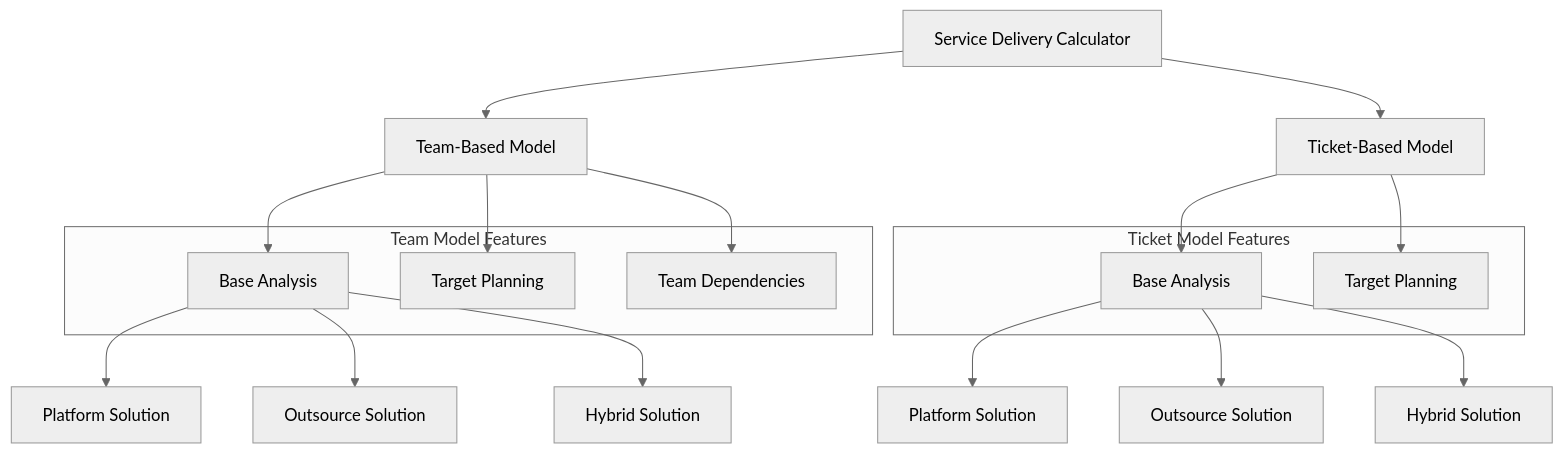
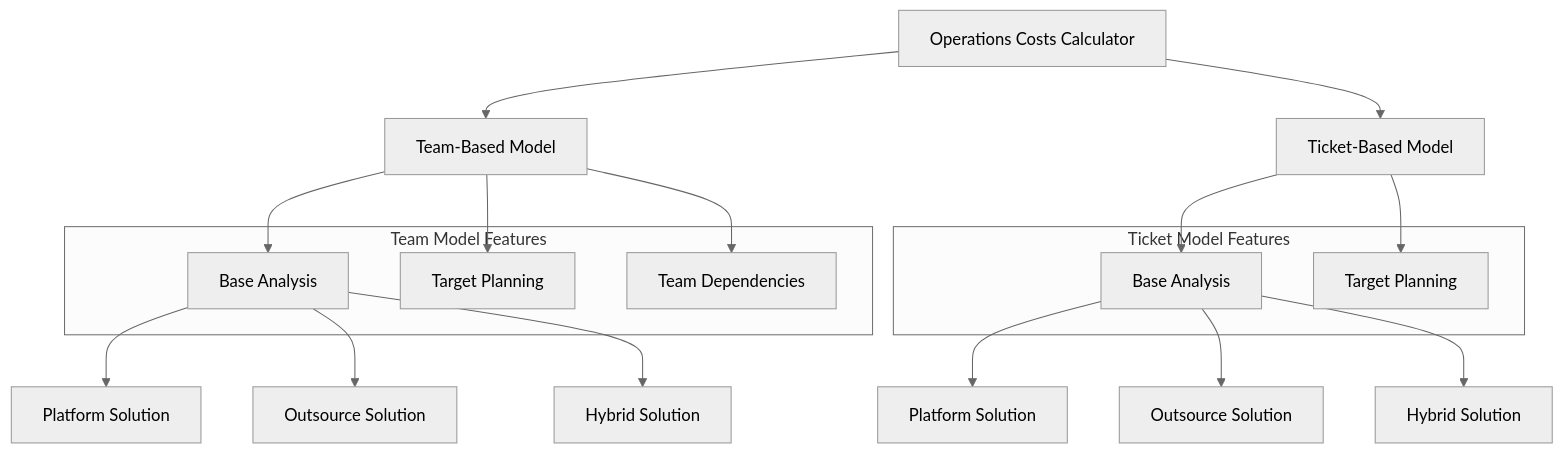
Before and after one commit to viktorcessan/CostAnalysis: the first of 5 diagrams in docs/doc.md, drawn with Mermaid (neutral theme). The commit also changed other lines of this file and 14 other files, not shown here.

Commit message:
Refactor terminology and documentation to standardize "Service Delivery" to "Operations Costs" v2

````diff
--- a/docs/doc.md
+++ b/docs/doc.md
@@ -35,31 +35,31 @@
 ```mermaid
 graph TD
-    A[Service Delivery Calculator] --> B[Team-Based Model]
+    A[Operations Costs Calculator] --> B[Team-Based Model]
     A --> C[Ticket-Based Model]
     
     B --> D[Base Analysis]
     B --> E[Target Planning]
     B --> F[Team Dependencies]
     
     C --> G[Base Analysis]
     C --> H[Target Planning]
     
     D --> I[Platform Solution]
     D --> J[Outsource Solution]
     D --> K[Hybrid Solution]
     
     G --> L[Platform Solution]
     G --> M[Outsource Solution]
     G --> N[Hybrid Solution]
     
     subgraph "Team Model Features"
     D
     E
     F
     end
     
     subgraph "Ticket Model Features"
     G
     H
     end
 ```
````
